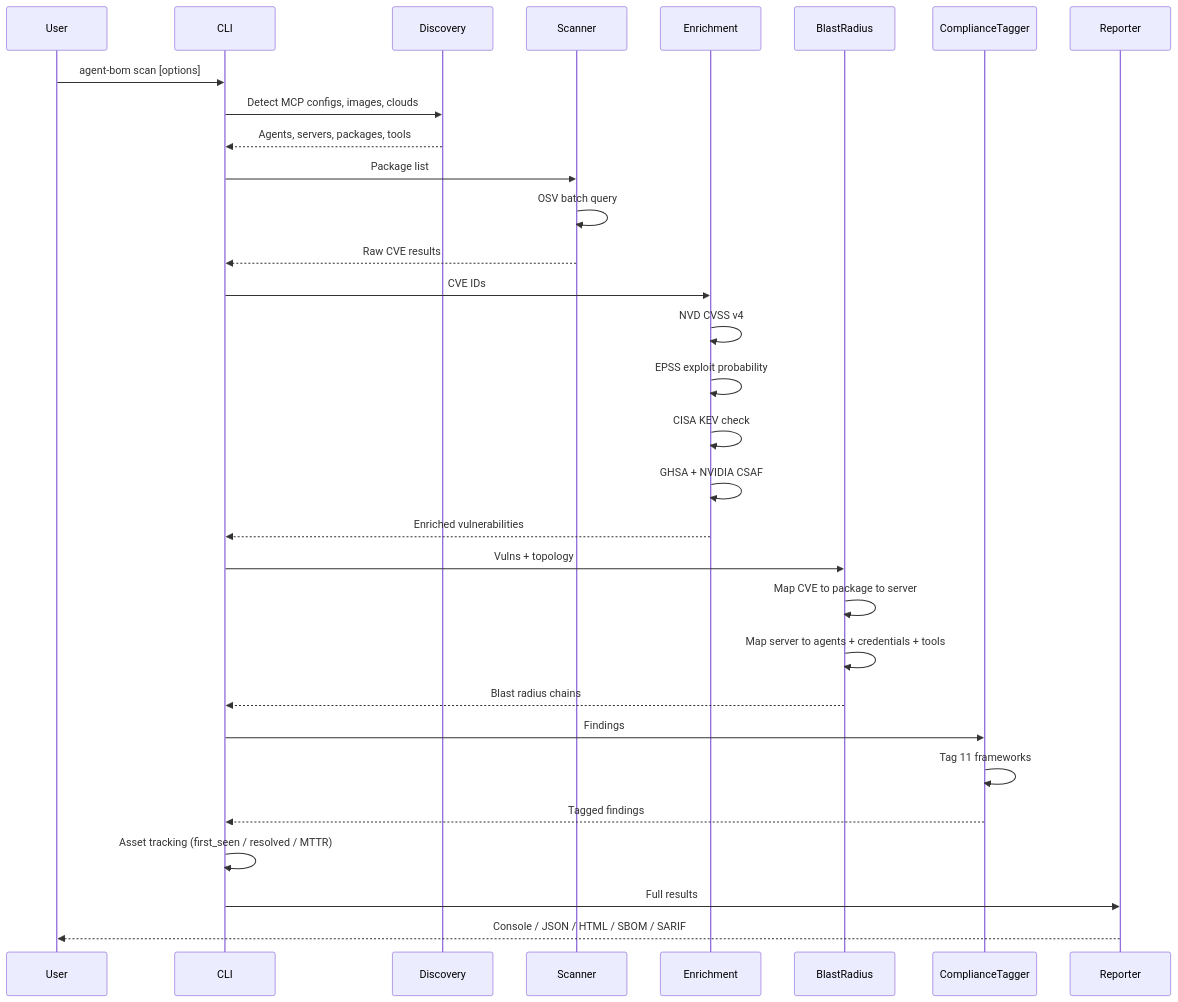
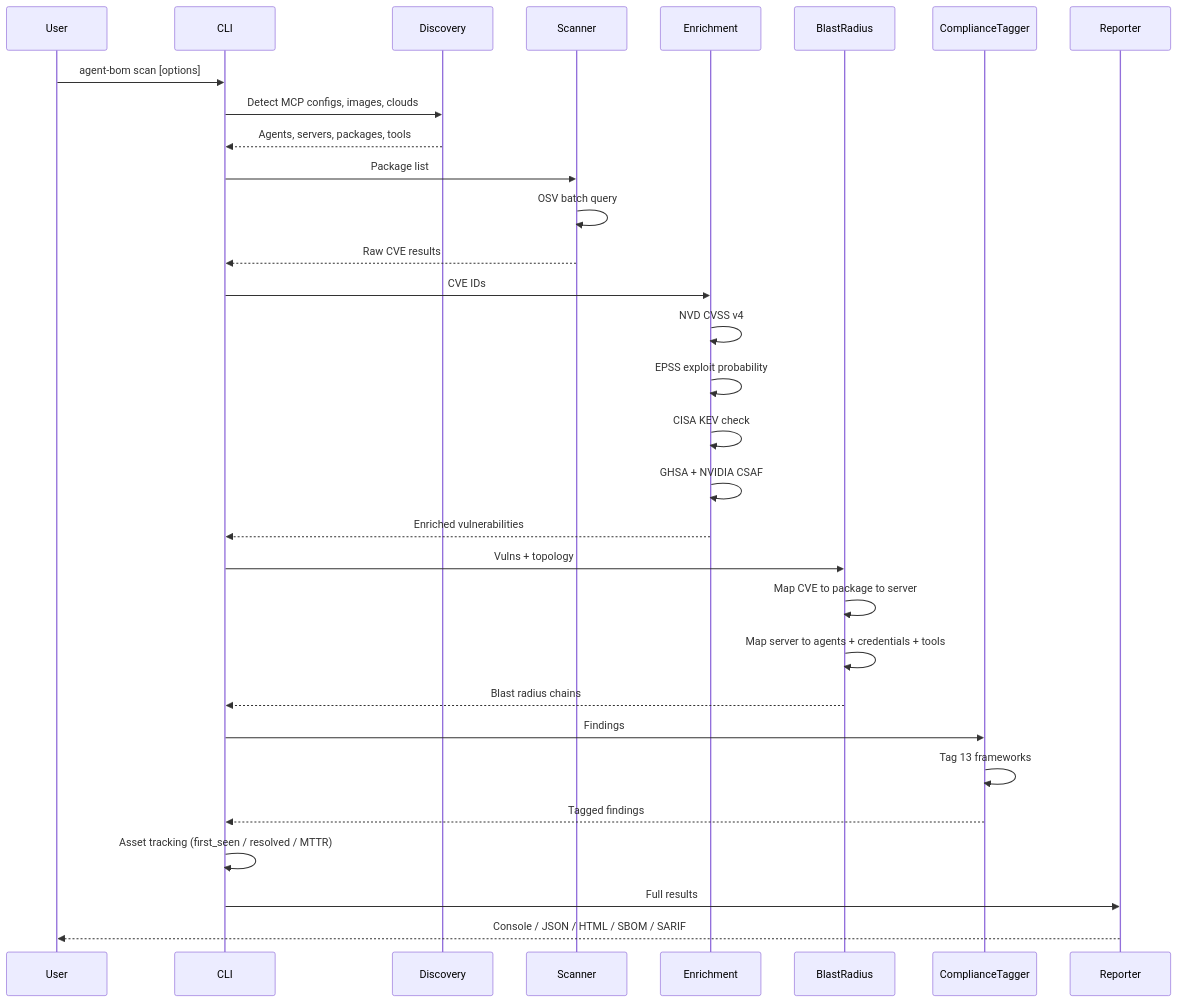
The second of 5 diagrams in docs/ARCHITECTURE.md (msaad00/agent-bom), drawn with Mermaid before and after one commit. The commit also changed 24 other files, not shown here.

````diff
--- a/docs/ARCHITECTURE.md
+++ b/docs/ARCHITECTURE.md
@@ -65,40 +65,40 @@
 ```mermaid
 sequenceDiagram
     participant User
     participant CLI
     participant Discovery
     participant Scanner
     participant Enrichment
     participant BlastRadius
     participant ComplianceTagger
     participant Reporter
 
     User->>CLI: agent-bom scan [options]
     CLI->>Discovery: Detect MCP configs, images, clouds
     Discovery-->>CLI: Agents, servers, packages, tools
 
     CLI->>Scanner: Package list
     Scanner->>Scanner: OSV batch query
     Scanner-->>CLI: Raw CVE results
 
     CLI->>Enrichment: CVE IDs
     Enrichment->>Enrichment: NVD CVSS v4
     Enrichment->>Enrichment: EPSS exploit probability
     Enrichment->>Enrichment: CISA KEV check
     Enrichment->>Enrichment: GHSA + NVIDIA CSAF
     Enrichment-->>CLI: Enriched vulnerabilities
 
     CLI->>BlastRadius: Vulns + topology
     BlastRadius->>BlastRadius: Map CVE to package to server
     BlastRadius->>BlastRadius: Map server to agents + credentials + tools
     BlastRadius-->>CLI: Blast radius chains
 
     CLI->>ComplianceTagger: Findings
-    ComplianceTagger->>ComplianceTagger: Tag 11 frameworks
+    ComplianceTagger->>ComplianceTagger: Tag 13 frameworks
     ComplianceTagger-->>CLI: Tagged findings
 
     CLI->>CLI: Asset tracking (first_seen / resolved / MTTR)
 
     CLI->>Reporter: Full results
     Reporter-->>User: Console / JSON / HTML / SBOM / SARIF
 ```
````
